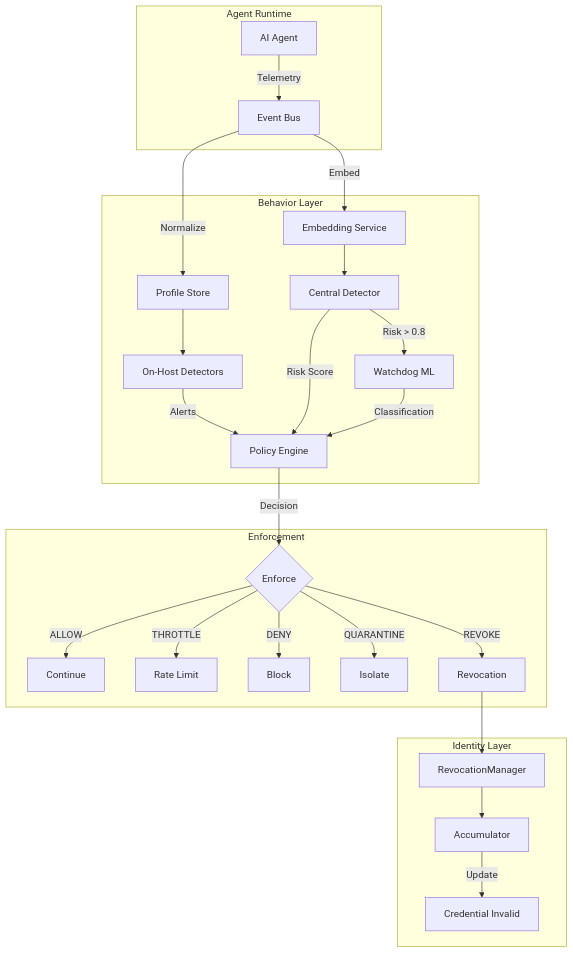
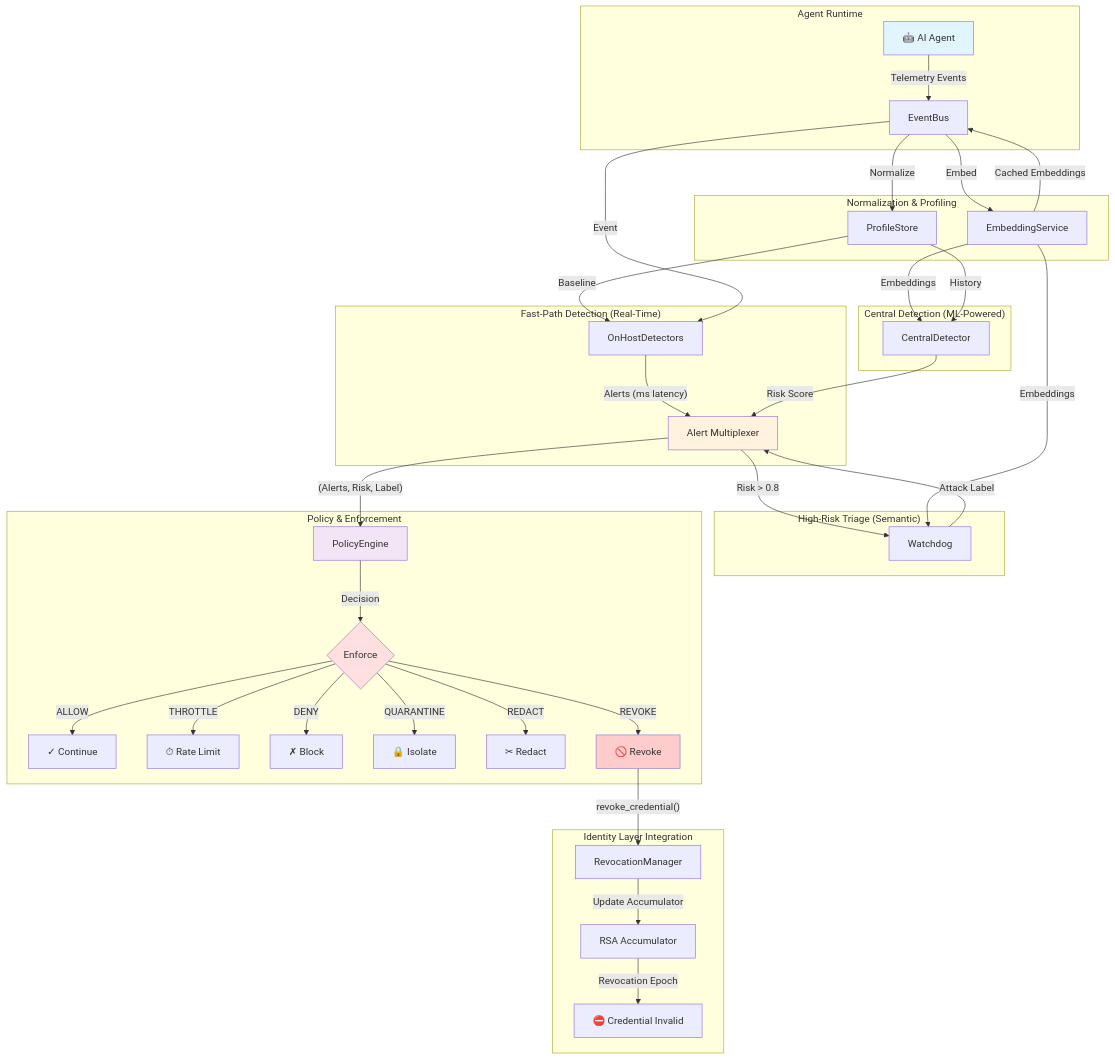
Before and after one commit to AchalC27/secure_agents: the first of 3 diagrams in docs/architecture/behavior-layer.mdx, drawn with Mermaid. The commit also changed other lines of this file and 28 other files, not shown here.

````diff
--- a/docs/architecture/behavior-layer.mdx
+++ b/docs/architecture/behavior-layer.mdx
@@ -28,35 +30,54 @@
 ```mermaid
 graph TB
     subgraph "Agent Runtime"
-        AG[AI Agent] --> |Telemetry| EB[Event Bus]
+        AG["🤖 AI Agent"]
+        AG -->|"Telemetry Events"| EB["EventBus"]
     end
     
-    subgraph "Behavior Layer"
-        EB --> |Normalize| PS[Profile Store]
-        EB --> |Embed| EMB[Embedding Service]
-        
-        PS --> OHD[On-Host Detectors]
-        EMB --> CD[Central Detector]
-        
-        OHD --> |Alerts| PE[Policy Engine]
-        CD --> |Risk Score| PE
-        
-        CD --> |Risk > 0.8| WD[Watchdog ML]
-        WD --> |Classification| PE
+    subgraph "Normalization & Profiling"
+        EB -->|"Normalize"| PS["ProfileStore"]
+        EB -->|"Embed"| ES["EmbeddingService"]
+        ES -->|"Cached Embeddings"| EB
     end
     
-    subgraph "Enforcement"
-        PE --> |Decision| ENF{Enforce}
-        ENF --> |ALLOW| PASS[Continue]
-        ENF --> |THROTTLE| RATE[Rate Limit]
-        ENF --> |DENY| BLOCK[Block]
-        ENF --> |QUARANTINE| ISO[Isolate]
-        ENF --> |REVOKE| REV[Revocation]
+    subgraph "Fast-Path Detection (Real-Time)"
+        PS -->|"Baseline"| OHD["OnHostDetectors"]
+        EB -->|"Event"| OHD
+        OHD -->|"Alerts (ms latency)"| MUX["Alert Multiplexer"]
     end
     
-    subgraph "Identity Layer"
-        REV --> RM[RevocationManager]
-        RM --> ACC[Accumulator]
-        ACC --> |Update| INV[Credential Invalid]
+    subgraph "Central Detection (ML-Powered)"
+        ES -->|"Embeddings"| CD["CentralDetector"]
+        PS -->|"History"| CD
+        CD -->|"Risk Score"| MUX
     end
+    
+    subgraph "High-Risk Triage (Semantic)"
+        MUX -->|"Risk > 0.8"| WD["Watchdog"]
+        ES -->|"Embeddings"| WD
+        WD -->|"Attack Label"| MUX
+    end
+    
+    subgraph "Policy & Enforcement"
+        MUX -->|"(Alerts, Risk, Label)"| PE["PolicyEngine"]
+        PE -->|"Decision"| ENF{"Enforce"}
+        ENF -->|"ALLOW"| PASS["✓ Continue"]
+        ENF -->|"THROTTLE"| RATE["⏱ Rate Limit"]
+        ENF -->|"DENY"| BLOCK["✗ Block"]
+        ENF -->|"QUARANTINE"| ISO["🔒 Isolate"]
+        ENF -->|"REDACT"| RED["✂ Redact"]
+        ENF -->|"REVOKE"| REV["🚫 Revoke"]
+    end
+    
+    subgraph "Identity Layer Integration"
+        REV -->|"revoke_credential()"| RM["RevocationManager"]
+        RM -->|"Update Accumulator"| ACC["RSA Accumulator"]
+        ACC -->|"Revocation Epoch"| INV["⛔ Credential Invalid"]
+    end
+    
+    style AG fill:#e1f5ff
+    style MUX fill:#fff3e0
+    style PE fill:#f3e5f5
+    style ENF fill:#ffe0e0
+    style REV fill:#ffcccc
 ```
````
